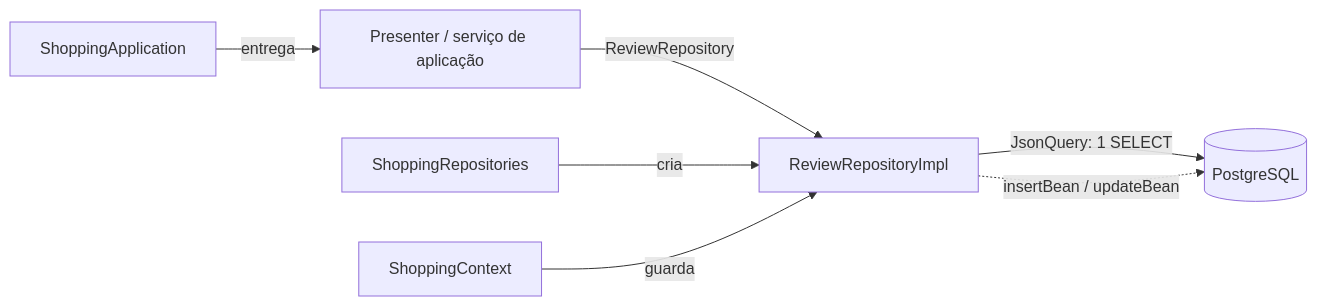
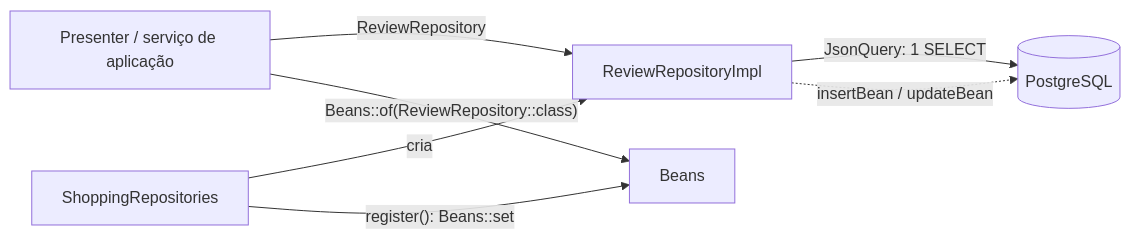
The diagram in docs/dev/repository.md (mrcdom/wdc-cube-php), drawn with Mermaid before and after one commit. The commit also changed other lines of this file and 27 other files, not shown here.

````diff
--- a/docs/dev/repository.md
+++ b/docs/dev/repository.md
@@ -45,9 +43,9 @@
 ```mermaid
 flowchart LR
     P[Presenter / serviço de aplicação] -->|ReviewRepository| I[ReviewRepositoryImpl]
     I -->|JsonQuery: 1 SELECT| DB[(PostgreSQL)]
     I -.->|insertBean / updateBean| DB
     R[ShoppingRepositories] -->|cria| I
-    C[ShoppingContext] -->|guarda| I
-    A[ShoppingApplication] -->|entrega| P
+    R -->|"register(): Beans::set"| B[Beans]
+    P -->|"Beans::of(ReviewRepository::class)"| B
 ```
````
